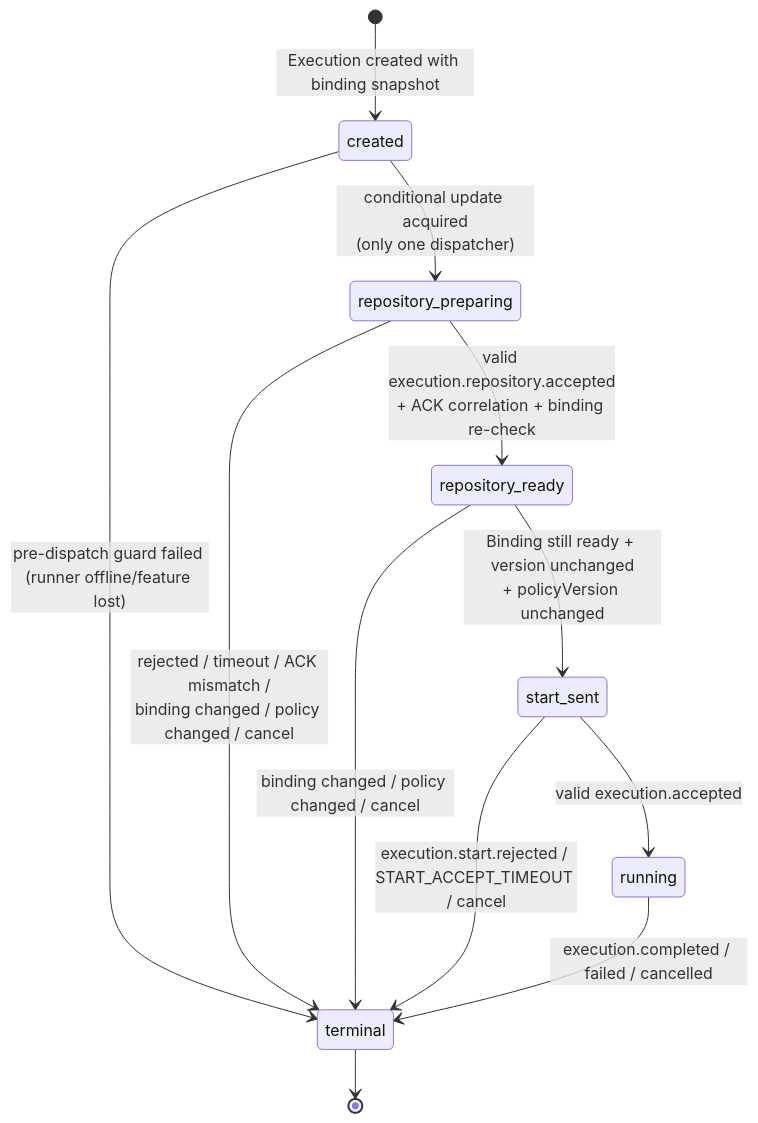
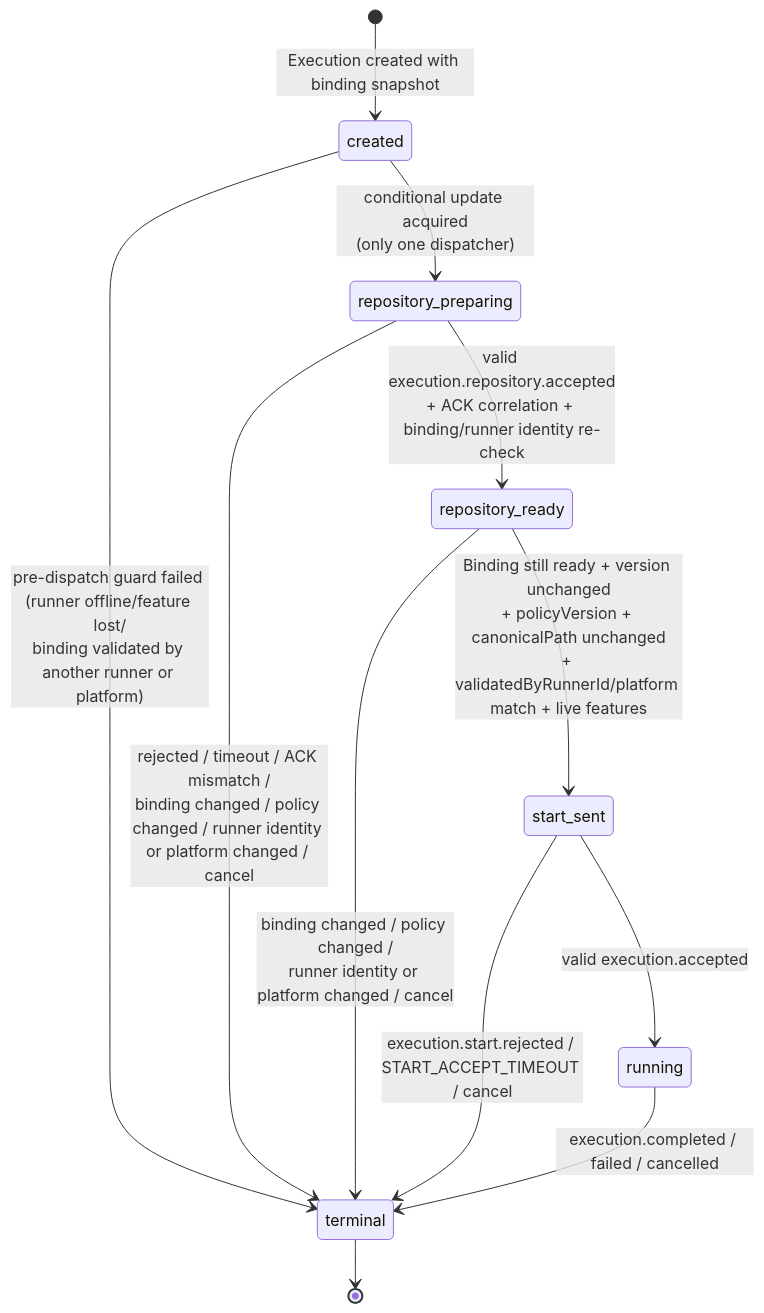
Before and after one commit to cloudyBird233/Haft: the fourth of 5 diagrams in docs/engineering/P2-02_PROJECT_AWARE_RUNNER_IMPLEMENTATION_PLAN.md, drawn with Mermaid. The commit also changed other lines of this file, not shown here.

First line of the commit message:
docs(p2-02): align plan with architecture review

````diff
--- a/docs/engineering/P2-02_PROJECT_AWARE_RUNNER_IMPLEMENTATION_PLAN.md
+++ b/docs/engineering/P2-02_PROJECT_AWARE_RUNNER_IMPLEMENTATION_PLAN.md
@@ -537,14 +559,14 @@
 ```mermaid
 stateDiagram-v2
   [*] --> created: Execution created with binding snapshot
   created --> repository_preparing: conditional update acquired<br/>(only one dispatcher)
-  created --> terminal: pre-dispatch guard failed (runner offline/feature lost)
-  repository_preparing --> repository_ready: valid execution.repository.accepted<br/>+ ACK correlation + binding re-check
-  repository_preparing --> terminal: rejected / timeout / ACK mismatch /<br/>binding changed / policy changed / cancel
-  repository_ready --> start_sent: Binding still ready + version unchanged<br/>+ policyVersion unchanged
-  repository_ready --> terminal: binding changed / policy changed / cancel
+  created --> terminal: pre-dispatch guard failed (runner offline/feature lost/<br/>binding validated by another runner or platform)
+  repository_preparing --> repository_ready: valid execution.repository.accepted<br/>+ ACK correlation + binding/runner identity re-check
+  repository_preparing --> terminal: rejected / timeout / ACK mismatch /<br/>binding changed / policy changed / runner identity or platform changed / cancel
+  repository_ready --> start_sent: Binding still ready + version unchanged<br/>+ policyVersion + canonicalPath unchanged<br/>+ validatedByRunnerId/platform match + live features
+  repository_ready --> terminal: binding changed / policy changed /<br/>runner identity or platform changed / cancel
   start_sent --> running: valid execution.accepted
   start_sent --> terminal: execution.start.rejected / START_ACCEPT_TIMEOUT / cancel
   running --> terminal: execution.completed / failed / cancelled
   terminal --> [*]
 ```
````
